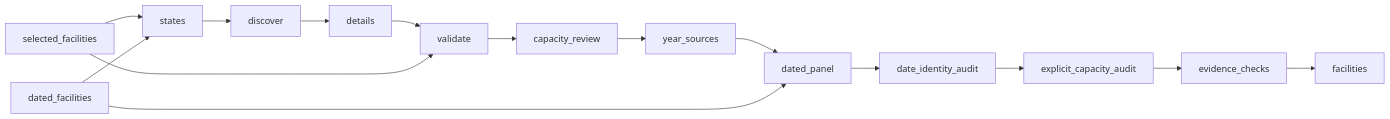
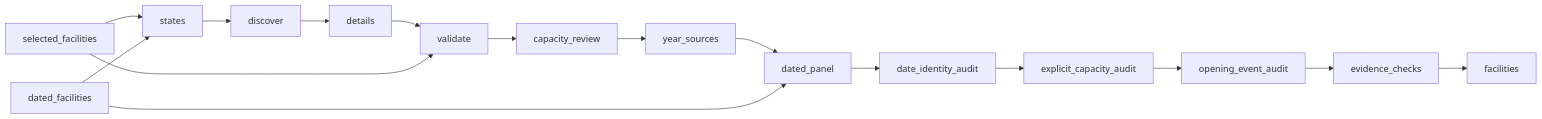
The diagram in datasets/us-data-centers-five-state-sample-dfb1295a7834/README.md (jsonifyco/public-datasets), drawn with Mermaid before and after one commit. The commit also changed other lines of this file and 2 other files, not shown here.

````diff
--- a/datasets/us-data-centers-five-state-sample-dfb1295a7834/README.md
+++ b/datasets/us-data-centers-five-state-sample-dfb1295a7834/README.md
@@ -62,30 +62,32 @@
 ```mermaid
 flowchart LR
   n0["selected#95;facilities"]
   n1["dated#95;facilities"]
   n2["states"]
   n3["discover"]
   n4["details"]
   n5["validate"]
   n6["capacity#95;review"]
   n7["year#95;sources"]
   n8["dated#95;panel"]
   n9["date#95;identity#95;audit"]
   n10["explicit#95;capacity#95;audit"]
-  n11["evidence#95;checks"]
-  n12["facilities"]
+  n11["opening#95;event#95;audit"]
+  n12["evidence#95;checks"]
+  n13["facilities"]
   n2 --> n3
   n3 --> n4
   n4 --> n5
   n5 --> n6
   n6 --> n7
   n7 --> n8
   n8 --> n9
   n9 --> n10
   n10 --> n11
   n11 --> n12
+  n12 --> n13
   n0 --> n2
   n1 --> n2
   n0 --> n5
   n1 --> n8
 ```
````
